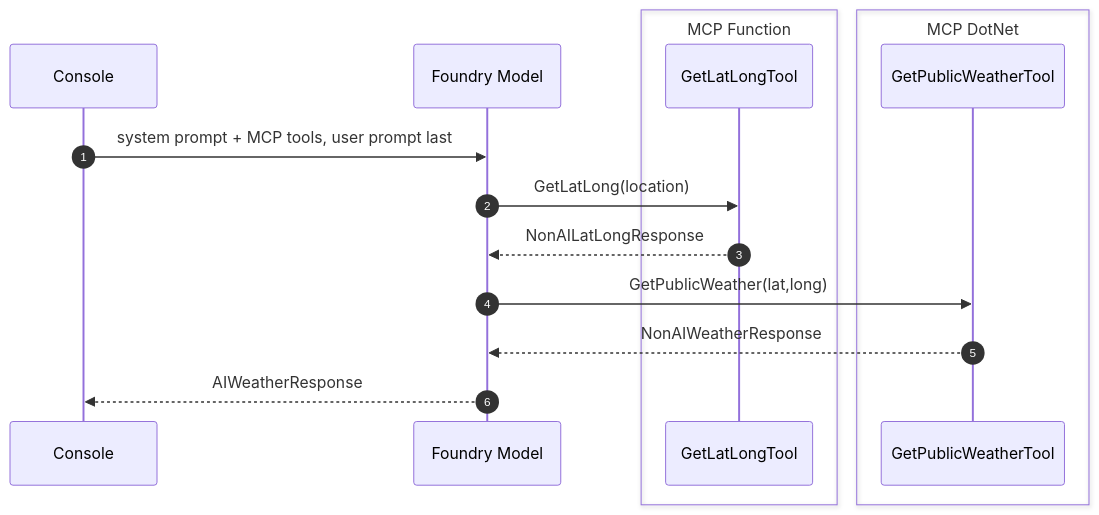
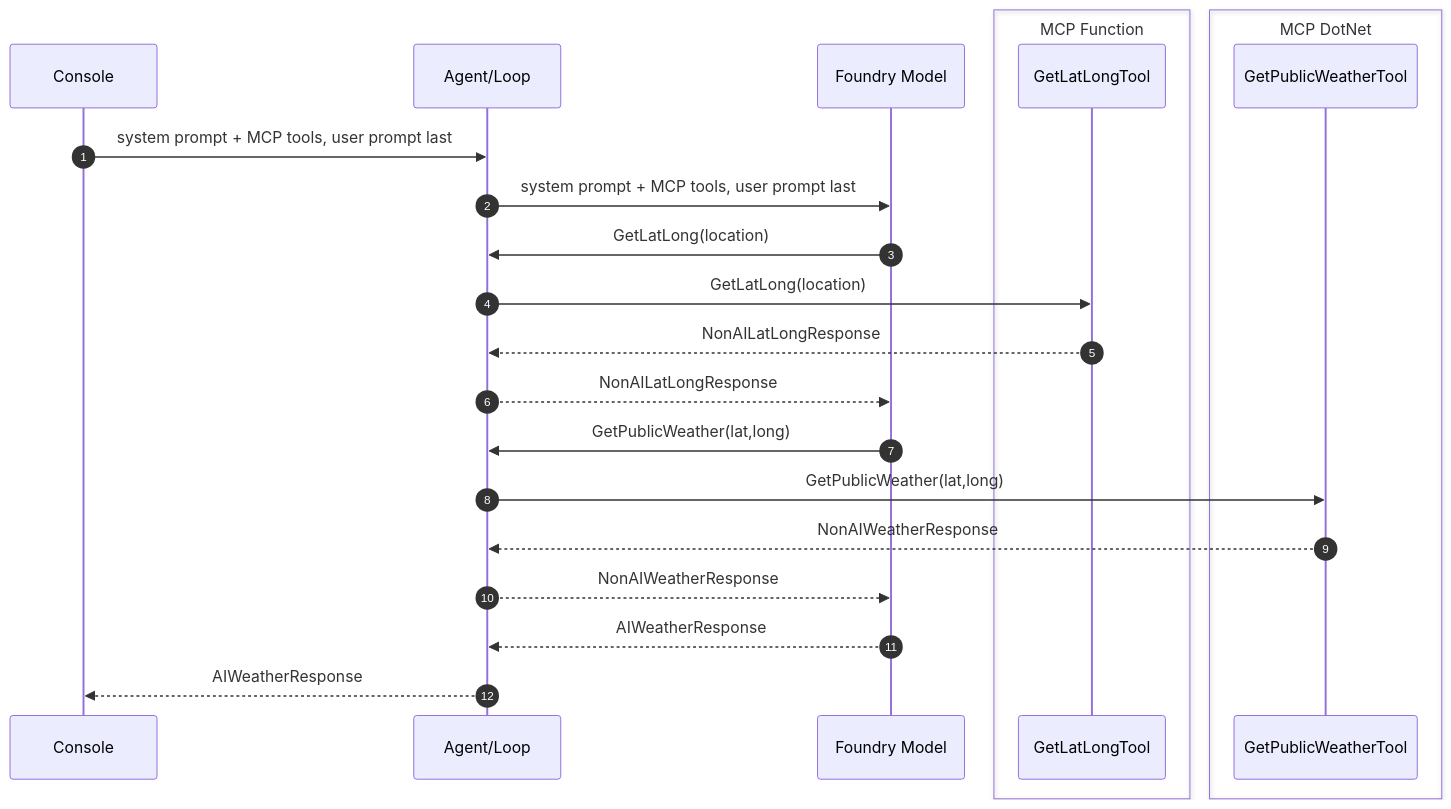
The fourth of 5 diagrams in docs/4-demystifying-foundry-agents-mcp/demystifying-foundry-agents-mcp.md (dustinkorzaan/weather-1116), drawn with Mermaid before and after one commit. The commit also changed other lines of this file and 3 other files, not shown here.

First line of the commit message:
Consolidate looping diagrams into main Foundry doc

````diff
--- a/docs/4-demystifying-foundry-agents-mcp/demystifying-foundry-agents-mcp.md
+++ b/docs/4-demystifying-foundry-agents-mcp/demystifying-foundry-agents-mcp.md
@@ -99,19 +106,26 @@
   ```mermaid
   sequenceDiagram
       autonumber
       participant Console
+      participant AppLoop as Agent/Loop
       participant Model as Foundry Model
       box MCP Function
           participant GetLatLongTool
       end
       box MCP DotNet
           participant GetPublicWeatherTool
       end
 
-      Console->>Model: system prompt + MCP tools, user prompt last
-      Model->>GetLatLongTool: GetLatLong(location)
-      GetLatLongTool-->>Model: NonAILatLongResponse
-      Model->>GetPublicWeatherTool: GetPublicWeather(lat,long)
-      GetPublicWeatherTool-->>Model: NonAIWeatherResponse
-      Model-->>Console: AIWeatherResponse
+      Console->>AppLoop: system prompt + MCP tools, user prompt last
+      AppLoop->>Model: system prompt + MCP tools, user prompt last
+      Model->>AppLoop: GetLatLong(location)
+      AppLoop->>GetLatLongTool: GetLatLong(location)
+      GetLatLongTool-->>AppLoop: NonAILatLongResponse
+      AppLoop-->>Model: NonAILatLongResponse
+      Model->>AppLoop: GetPublicWeather(lat,long)
+      AppLoop->>GetPublicWeatherTool: GetPublicWeather(lat,long)
+      GetPublicWeatherTool-->>AppLoop: NonAIWeatherResponse
+      AppLoop-->>Model: NonAIWeatherResponse
+      Model-->>AppLoop: AIWeatherResponse
+      AppLoop-->>Console: AIWeatherResponse
   ```
````
